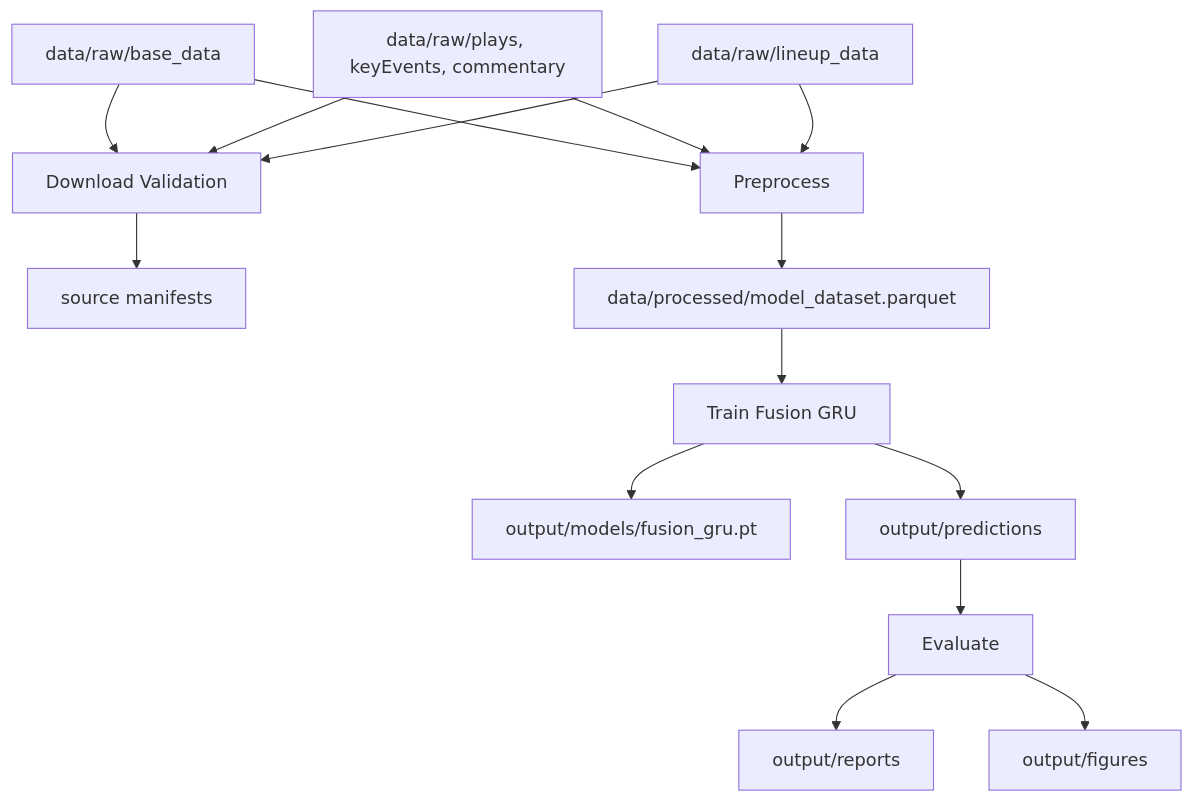
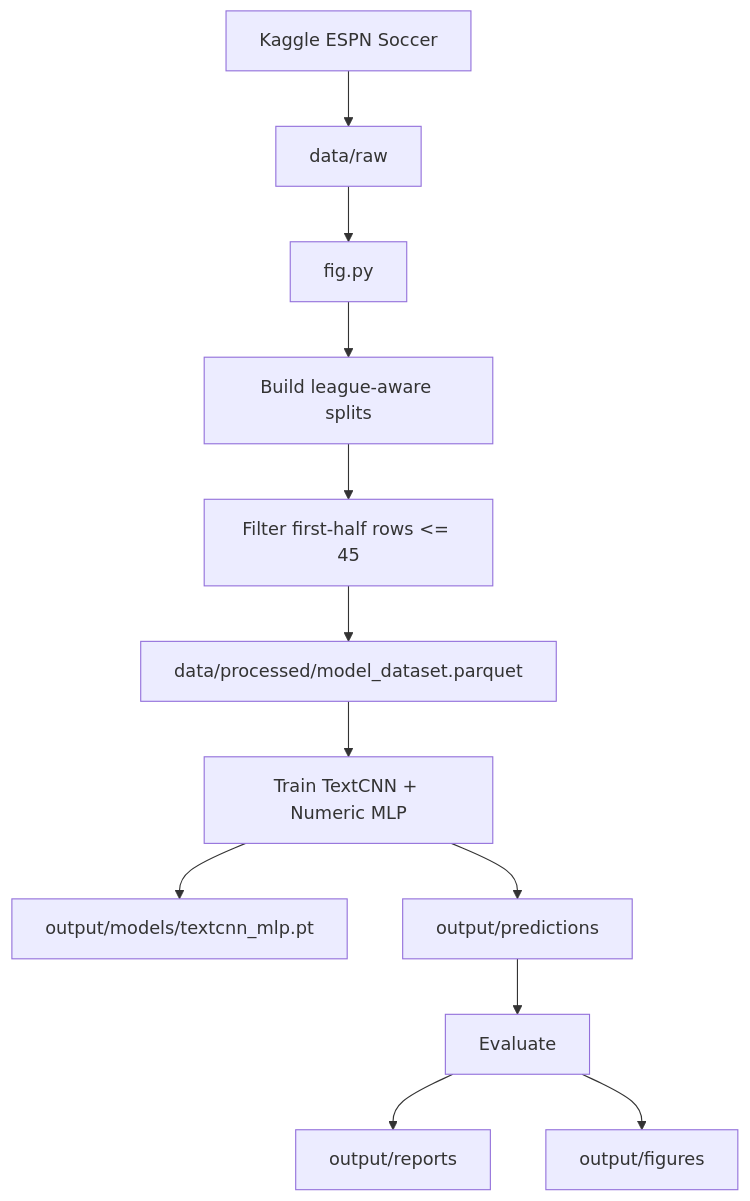
Before and after one commit to oguzhanozkaya/football-inplay-prediction: the first of 3 diagrams in docs/architecture.md, drawn with Mermaid. The commit also changed other lines of this file and 21 other files, not shown here.

Commit message:
refactor: consolidate pipeline into fig script

````diff
--- a/docs/architecture.md
+++ b/docs/architecture.md
@@ -32,17 +32,14 @@
 ```mermaid
 flowchart TD
-    A[data/raw/base_data] --> D[Download Validation]
-    B[data/raw/plays, keyEvents, commentary] --> D
-    C[data/raw/lineup_data] --> D
-    D --> E[source manifests]
-    A --> F[Preprocess]
-    B --> F
-    C --> F
-    F --> G[data/processed/model_dataset.parquet]
-    G --> H[Train Fusion GRU]
-    H --> I[output/models/fusion_gru.pt]
-    H --> J[output/predictions]
-    J --> K[Evaluate]
-    K --> L[output/reports]
-    K --> M[output/figures]
+    A[Kaggle ESPN Soccer] --> B[data/raw]
+    B --> C[fig.py]
+    C --> D[Build league-aware splits]
+    D --> E[Filter first-half rows <= 45]
+    E --> F[data/processed/model_dataset.parquet]
+    F --> G[Train TextCNN + Numeric MLP]
+    G --> H[output/models/textcnn_mlp.pt]
+    G --> I[output/predictions]
+    I --> J[Evaluate]
+    J --> K[output/reports]
+    J --> L[output/figures]
 ```
````
